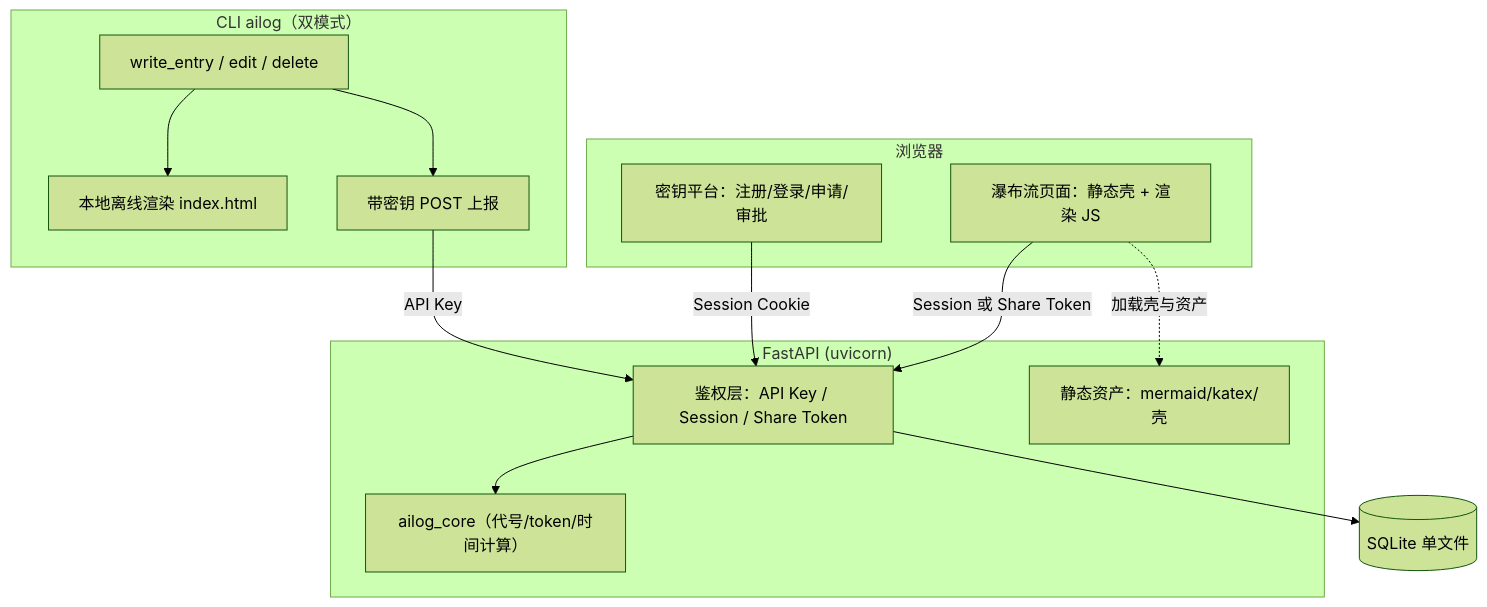
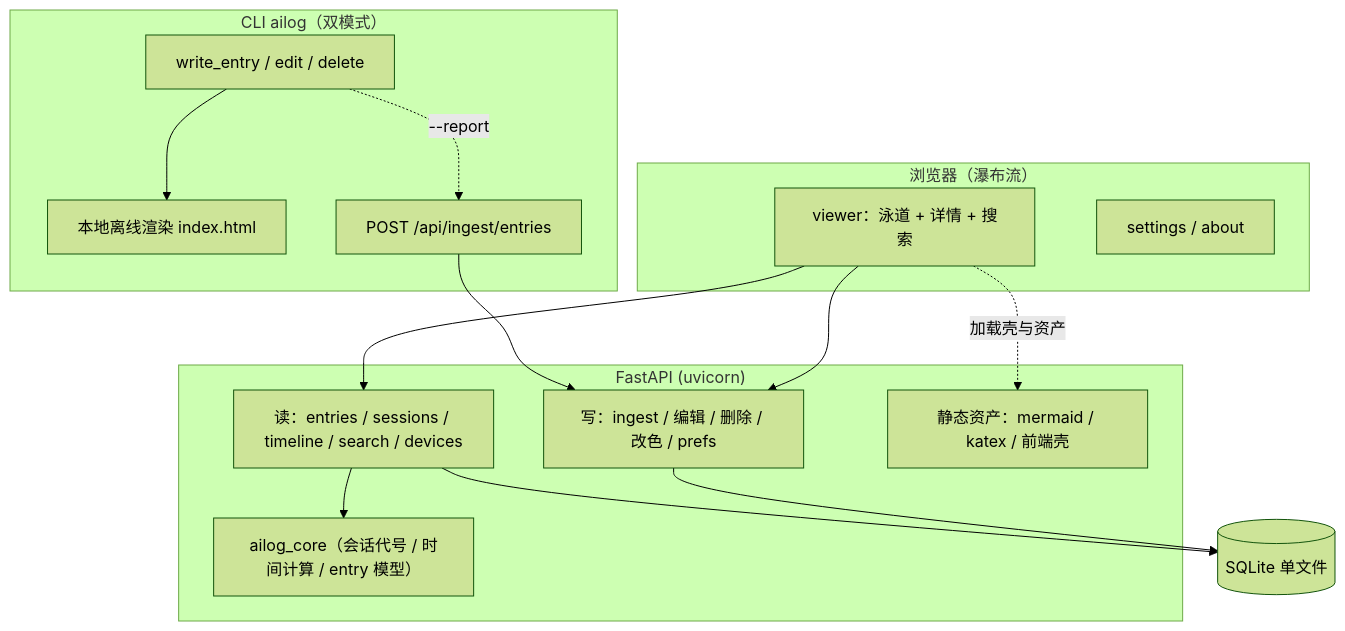
Before and after one commit to icloudsheep/Ailogy: the diagram in README.md, drawn with Mermaid (forest theme). The commit also changed other lines of this file and 51 other files, not shown here.

````diff
--- a/README.md
+++ b/README.md
@@ -22,23 +22,25 @@
 ```mermaid
 flowchart TB
     subgraph CLI["CLI ailog（双模式）"]
         C1["write_entry / edit / delete"] --> C2["本地离线渲染 index.html"]
-        C1 --> C3["带密钥 POST 上报"]
+        C1 -.->|"--report"| C3["POST /api/ingest/entries"]
     end
-    subgraph Browser["浏览器"]
-        P1["密钥平台：注册/登录/申请/审批"]
-        P2["瀑布流页面：静态壳 + 渲染 JS"]
+    subgraph Browser["浏览器（瀑布流）"]
+        P1["viewer：泳道 + 详情 + 搜索"]
+        P2["settings / about"]
     end
     subgraph Backend["FastAPI (uvicorn)"]
-        MW["鉴权层：API Key / Session / Share Token"]
-        CORE["ailog_core（代号/token/时间计算）"]
-        ST["静态资产：mermaid/katex/壳"]
+        R1["读：entries / sessions / timeline / search / devices"]
+        R2["写：ingest / 编辑 / 删除 / 改色 / prefs"]
+        CORE["ailog_core（会话代号 / 时间计算 / entry 模型）"]
+        ST["静态资产：mermaid / katex / 前端壳"]
     end
     DB[("SQLite 单文件")]
-    C3 -->|API Key| MW
-    P1 -->|Session Cookie| MW
-    P2 -->|Session 或 Share Token| MW
-    P2 -.->|加载壳与资产| ST
-    MW --> DB
-    MW --> CORE
+    C3 --> R2
+    P1 --> R1
+    P1 --> R2
+    P1 -.->|加载壳与资产| ST
+    R1 --> DB
+    R2 --> DB
+    R1 --> CORE
 ```
````
